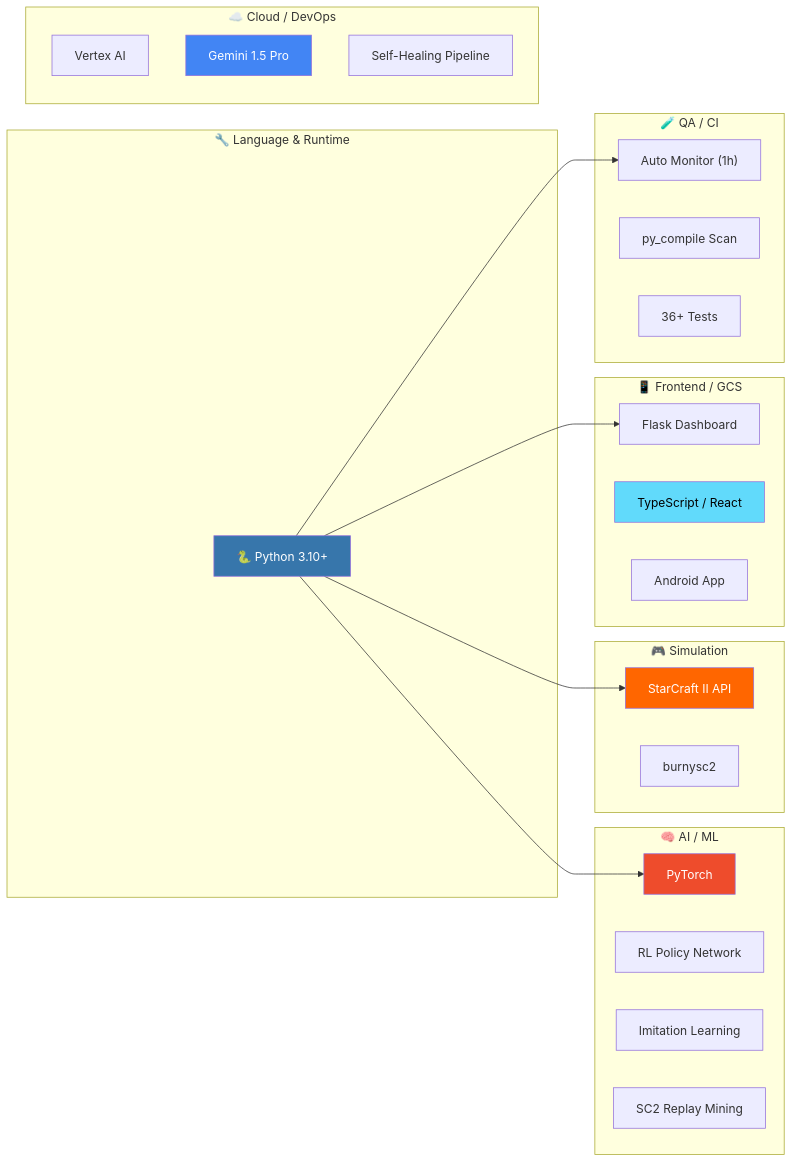
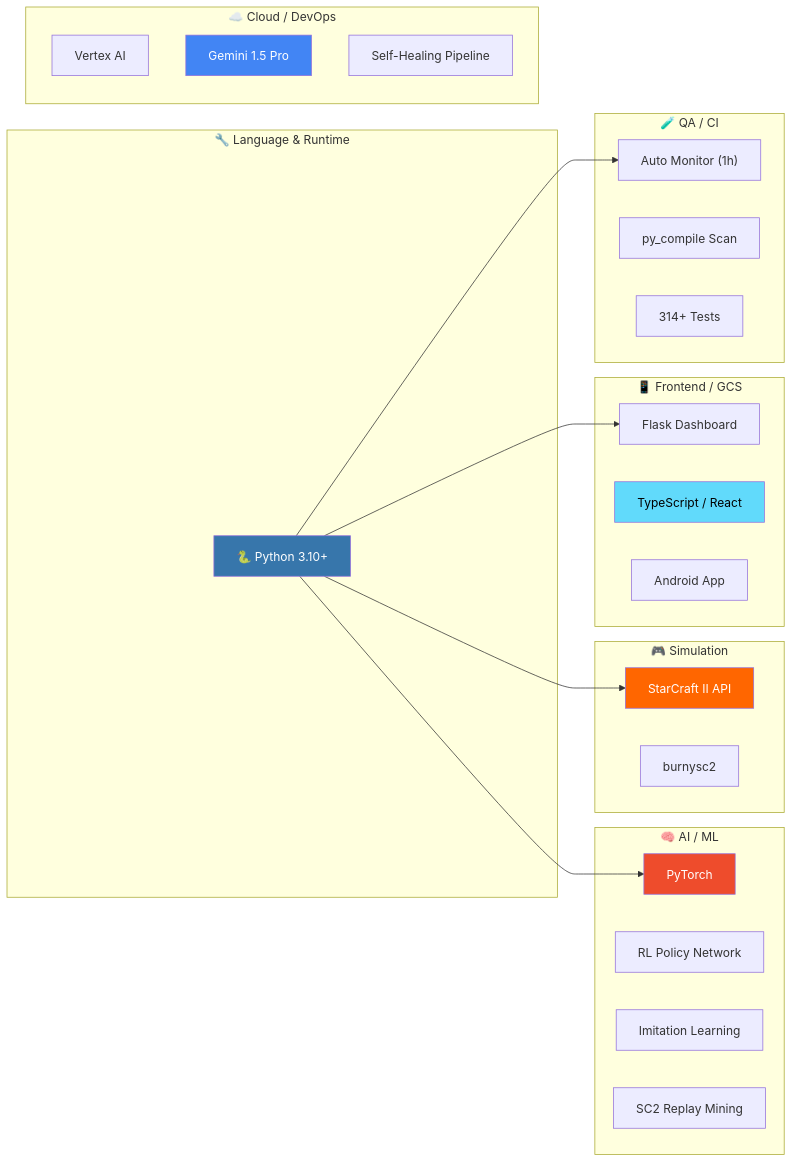
Before and after one commit to sun475300-sudo/Swarm-control-in-sc2bot: diagram 25 of 29 in README.md, drawn with Mermaid. The commit also changed other lines of this file and 9 other files, not shown here.

````diff
--- a/README.md
+++ b/README.md
@@ -382,44 +688,44 @@
 ```mermaid
 graph LR
     subgraph "🔧 Language & Runtime"
         PY["🐍 Python 3.10+"]
     end
 
     subgraph "🧠 AI / ML"
         PT["PyTorch"]
         RL["RL Policy Network"]
         IL["Imitation Learning"]
         RPL["SC2 Replay Mining"]
     end
 
     subgraph "🎮 Simulation"
         SC2["StarCraft II API"]
         BSC["burnysc2"]
     end
 
     subgraph "☁️ Cloud / DevOps"
         VTX["Vertex AI"]
         GMN["Gemini 1.5 Pro"]
         SH["Self-Healing Pipeline"]
     end
 
     subgraph "📱 Frontend / GCS"
         FLK["Flask Dashboard"]
         RCT["TypeScript / React"]
         AND["Android App"]
     end
 
     subgraph "🧪 QA / CI"
         MON["Auto Monitor (1h)"]
         PYC["py_compile Scan"]
-        TST["36+ Tests"]
+        TST["314+ Tests"]
     end
 
     PY --> PT & SC2 & FLK & MON
 
     style PY fill:#3776AB,color:#fff
     style PT fill:#EE4C2C,color:#fff
     style SC2 fill:#FF6600,color:#fff
     style GMN fill:#4285F4,color:#fff
     style RCT fill:#61DAFB,color:#000
 ```
````
